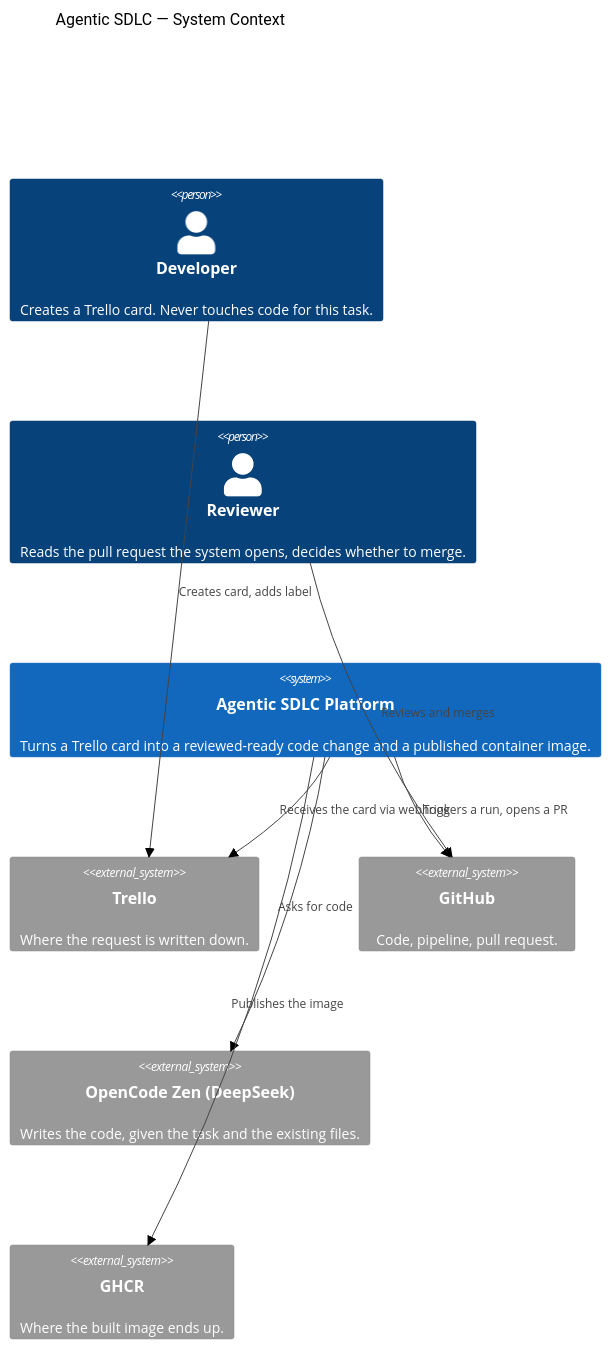
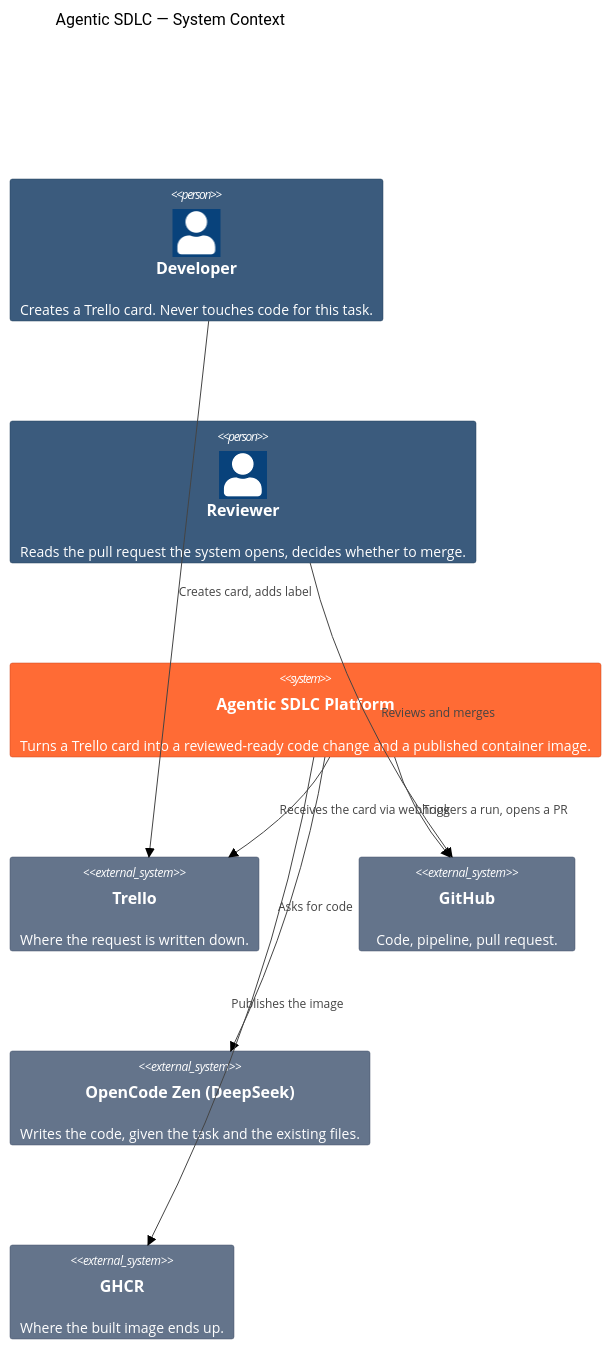
One commit to lorenzogirardi/agentic-sdlc changed the first of 9 diagrams in docs/demo/burning-ship-storytelling.md. Above: the diagram before and after it, drawn with Mermaid (forest theme). The commit also changed other lines of this file and 1 other file, not shown here.

First line of the commit message:
Color-code all diagrams: actors, platform, external systems, outcomes

````diff
--- a/docs/demo/burning-ship-storytelling.md
+++ b/docs/demo/burning-ship-storytelling.md
@@ -48,22 +48,30 @@
 ```mermaid
 C4Context
     title Agentic SDLC — System Context
 
     Person(dev, "Developer", "Creates a Trello card. Never touches code for this task.")
     Person(reviewer, "Reviewer", "Reads the pull request the system opens, decides whether to merge.")
 
     System(sdlc, "Agentic SDLC Platform", "Turns a Trello card into a reviewed-ready code change and a published container image.")
 
     System_Ext(trello, "Trello", "Where the request is written down.")
     System_Ext(github, "GitHub", "Code, pipeline, pull request.")
     System_Ext(llm, "OpenCode Zen (DeepSeek)", "Writes the code, given the task and the existing files.")
     System_Ext(ghcr, "GHCR", "Where the built image ends up.")
 
     Rel(dev, trello, "Creates card, adds label")
     Rel(sdlc, trello, "Receives the card via webhook")
     Rel(sdlc, github, "Triggers a run, opens a PR")
     Rel(sdlc, llm, "Asks for code")
     Rel(sdlc, ghcr, "Publishes the image")
     Rel(reviewer, github, "Reviews and merges")
+
+    UpdateElementStyle(dev, $bgColor="#3b5b7d", $borderColor="#24405c", $fontColor="#ffffff")
+    UpdateElementStyle(reviewer, $bgColor="#3b5b7d", $borderColor="#24405c", $fontColor="#ffffff")
+    UpdateElementStyle(sdlc, $bgColor="#ff6b35", $borderColor="#c9451f", $fontColor="#ffffff")
+    UpdateElementStyle(trello, $bgColor="#64748b", $borderColor="#45536b", $fontColor="#ffffff")
+    UpdateElementStyle(github, $bgColor="#64748b", $borderColor="#45536b", $fontColor="#ffffff")
+    UpdateElementStyle(llm, $bgColor="#64748b", $borderColor="#45536b", $fontColor="#ffffff")
+    UpdateElementStyle(ghcr, $bgColor="#64748b", $borderColor="#45536b", $fontColor="#ffffff")
     UpdateLayoutConfig($c4ShapeInRow="3", $c4BoundaryInRow="2")
 ```
````
